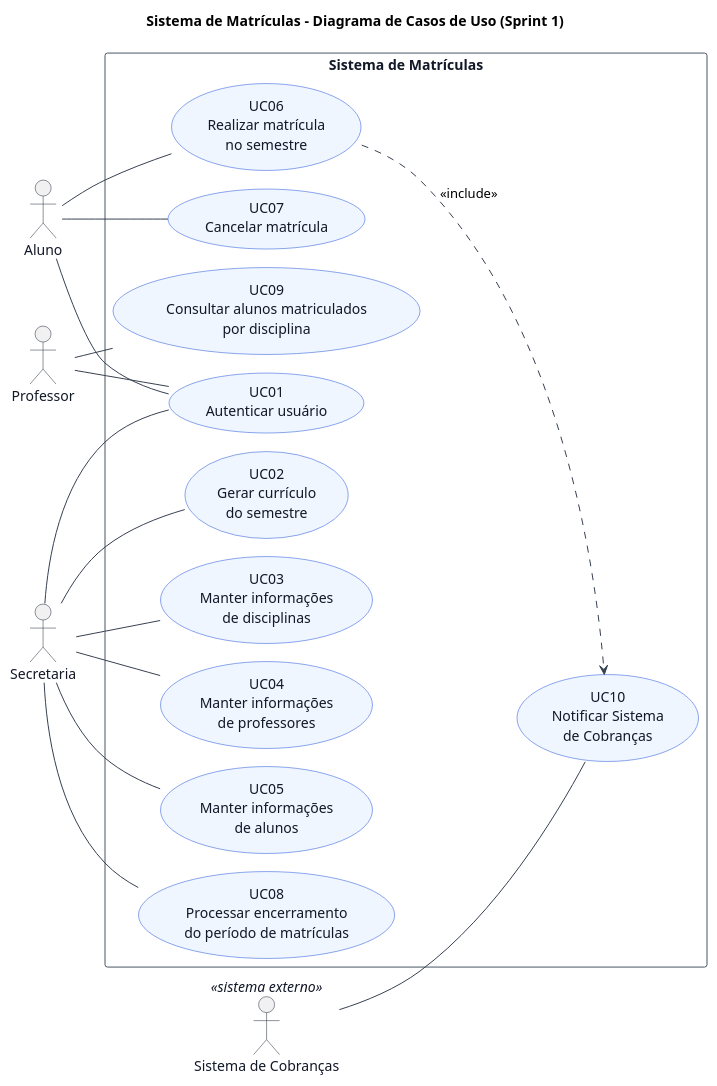
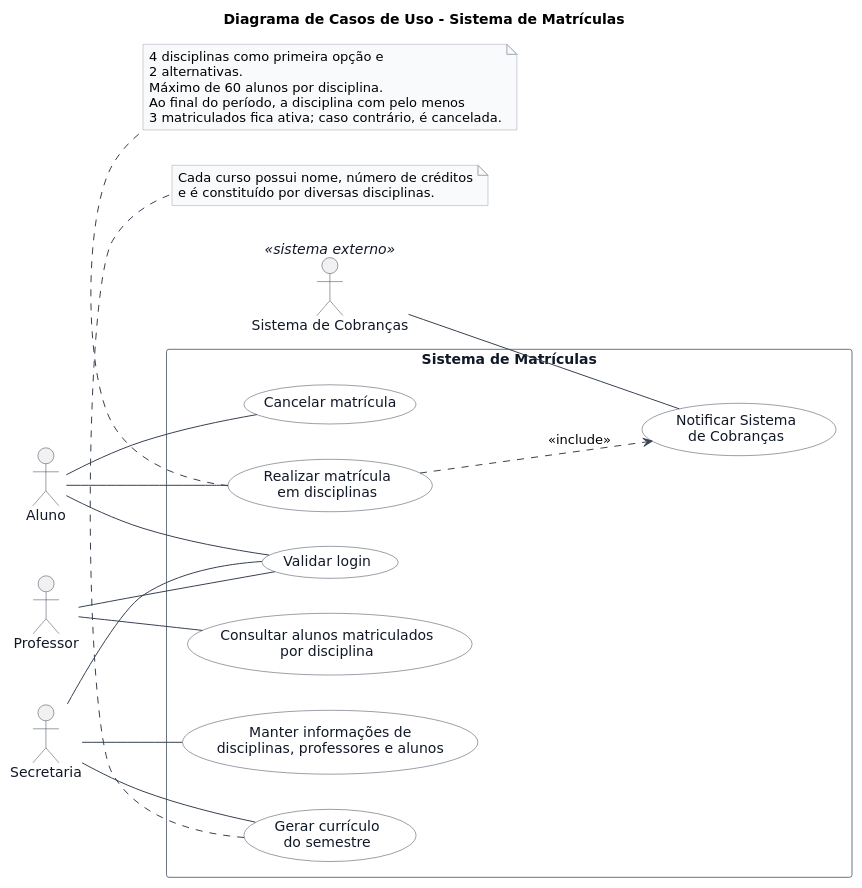
Before and after one commit to mariaclaranerii/sistema-matriculas: the diagram in docs/diagrama-casos-de-uso.puml, drawn with PlantUML. The commit also changed 4 other files, not shown here.

```diff
--- a/docs/diagrama-casos-de-uso.puml
+++ b/docs/diagrama-casos-de-uso.puml
@@ -1,57 +1,62 @@
 @startuml
-title Sistema de Matrículas - Diagrama de Casos de Uso (Sprint 1)
+title Diagrama de Casos de Uso - Sistema de Matrículas
 
 left to right direction
-!pragma layout smetana
 
 skinparam shadowing false
 skinparam backgroundColor white
-skinparam defaultFontName SansSerif
+skinparam defaultFontName "DejaVu Sans"
 skinparam ArrowColor #374151
-skinparam ActorBorderColor #1F2937
+skinparam ActorBorderColor #374151
 skinparam ActorFontColor #111827
-skinparam UsecaseBorderColor #1D4ED8
-skinparam UsecaseBackgroundColor #EFF6FF
+skinparam UsecaseBorderColor #374151
+skinparam UsecaseBackgroundColor white
 skinparam UsecaseFontColor #111827
-skinparam RectangleBorderColor #4B5563
+skinparam RectangleBorderColor #6B7280
 skinparam RectangleFontColor #111827
+skinparam NoteBorderColor #9CA3AF
+skinparam NoteBackgroundColor #F9FAFB
 
 actor Aluno as ALU
 actor Professor as PRO
 actor Secretaria as SEC
 actor "Sistema de Cobranças" as COB <<sistema externo>>
 
 rectangle "Sistema de Matrículas" {
-  usecase "UC01\nAutenticar usuário" as UC01
-
-  usecase "UC02\nGerar currículo\ndo semestre" as UC02
-  usecase "UC03\nManter informações\nde disciplinas" as UC03
-  usecase "UC04\nManter informações\nde professores" as UC04
-  usecase "UC05\nManter informações\nde alunos" as UC05
-
-  usecase "UC06\nRealizar matrícula\nno semestre" as UC06
-  usecase "UC07\nCancelar matrícula" as UC07
-  usecase "UC08\nProcessar encerramento\ndo período de matrículas" as UC08
-
-  usecase "UC09\nConsultar alunos matriculados\npor disciplina" as UC09
-  usecase "UC10\nNotificar Sistema\nde Cobranças" as UC10
+  usecase "Validar login" as LOGIN
+  usecase "Gerar currículo\ndo semestre" as CURRICULO
+  usecase "Manter informações de\ndisciplinas, professores e alunos" as MANTER
+  usecase "Realizar matrícula\nem disciplinas" as MATRICULA
+  usecase "Cancelar matrícula" as CANCELAR
+  usecase "Consultar alunos matriculados\npor disciplina" as CONSULTAR
+  usecase "Notificar Sistema\nde Cobranças" as NOTIFICAR
 }
 
-ALU -- UC01
-ALU -- UC06
-ALU -- UC07
+ALU -- LOGIN
+ALU -- MATRICULA
+ALU -- CANCELAR
 
-PRO -- UC01
-PRO -- UC09
+PRO -- LOGIN
+PRO -- CONSULTAR
 
-SEC -- UC01
-SEC -- UC02
-SEC -- UC03
-SEC -- UC04
-SEC -- UC05
-SEC -- UC08
+SEC -- LOGIN
+SEC -- CURRICULO
+SEC -- MANTER
 
-UC06 ..> UC10 : <<include>>
-COB -- UC10
+MATRICULA ..> NOTIFICAR : <<include>>
+COB -- NOTIFICAR
+
+note bottom of CURRICULO
+  Cada curso possui nome, número de créditos
+  e é constituído por diversas disciplinas.
+end note
+
+note bottom of MATRICULA
+  4 disciplinas como primeira opção e
+  2 alternativas.
+  Máximo de 60 alunos por disciplina.
+  Ao final do período, a disciplina com pelo menos
+  3 matriculados fica ativa; caso contrário, é cancelada.
+end note
 
 @enduml
```
